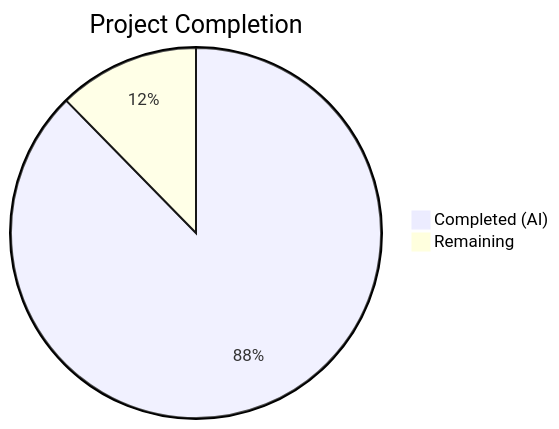
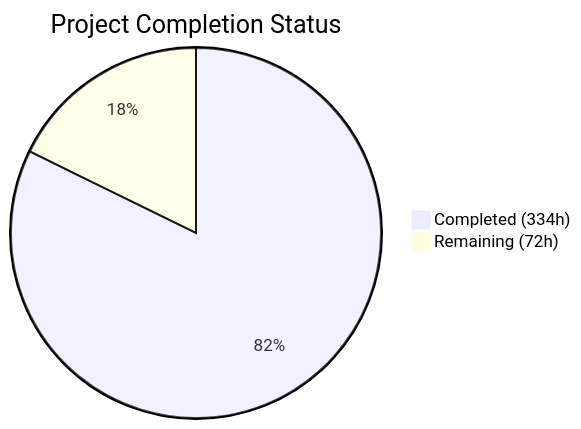
Before and after one commit to blitzy-public-samples/blitzy-triton: the first of 2 diagrams in blitzy/documentation/Project Guide.md, drawn with Mermaid. The commit also changed other lines of this file, not shown here.

Commit message:
Adding Blitzy Project Guide: Project Status and Human Tasks Remaining

````diff
--- a/blitzy/documentation/Project Guide.md
+++ b/blitzy/documentation/Project Guide.md
@@ -13,5 +13,5 @@
 ```mermaid
-pie title Project Completion
-    "Completed (AI)" : 270
-    "Remaining" : 38
+pie title Project Completion Status
+    "Completed (334h)" : 334
+    "Remaining (72h)" : 72
 ```
````
